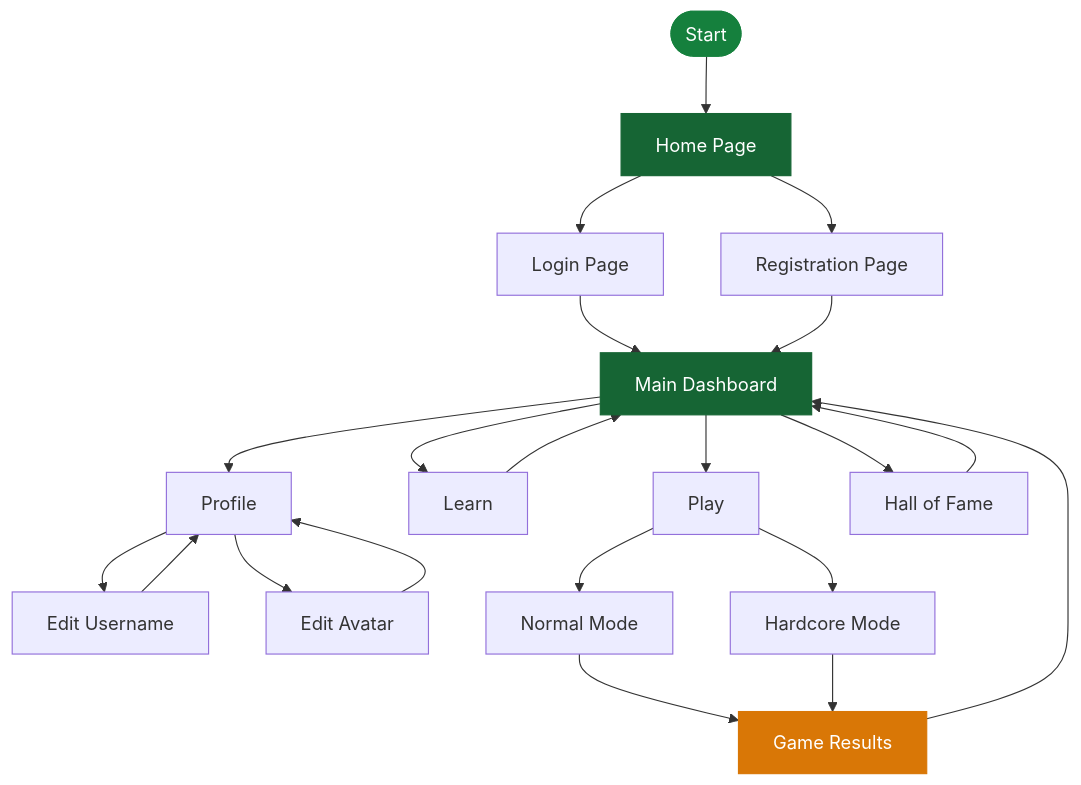
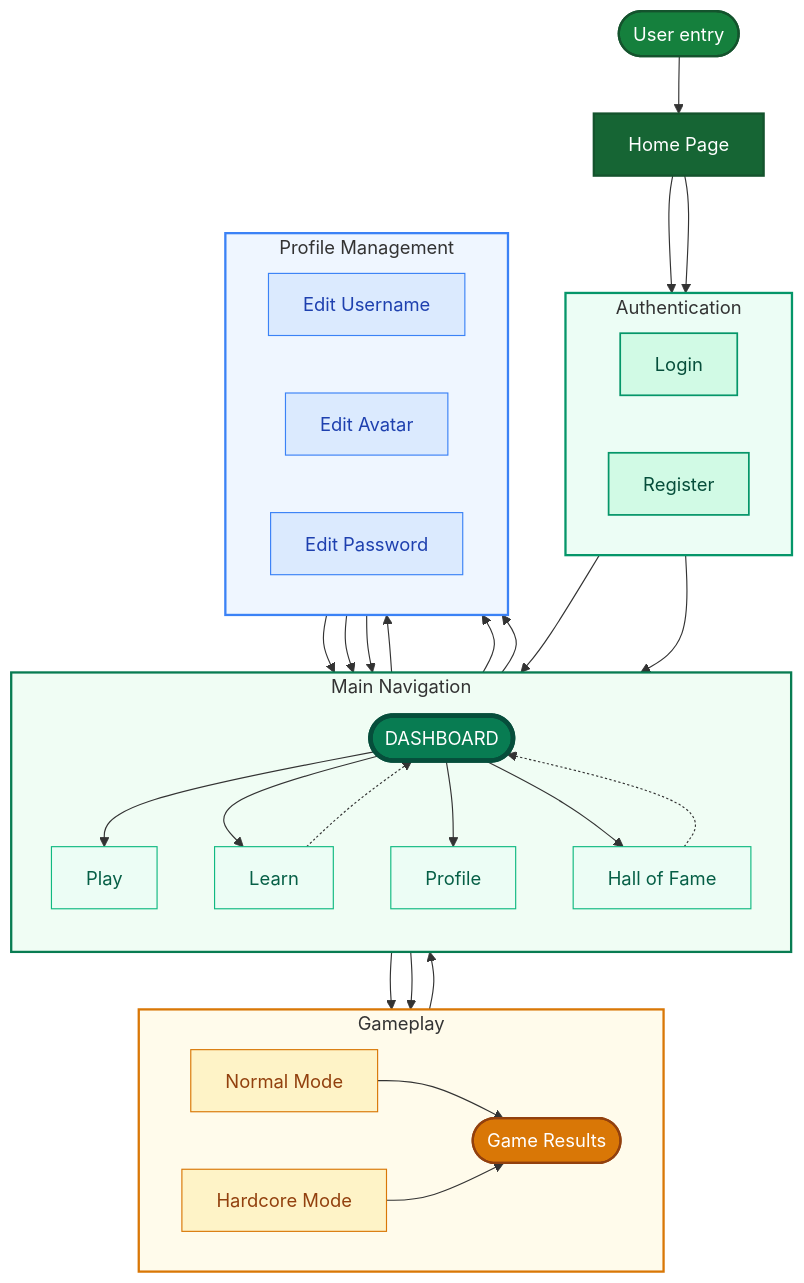
One commit to mathas42/Site_Grab_guesser changed the second of 3 diagrams in README.md. Above: the diagram before and after it, drawn with Mermaid. The commit also changed other lines of this file, not shown here.

````diff
--- a/README.md
+++ b/README.md
@@ -245,37 +242,91 @@
 ```mermaid
 flowchart TD
-    Start([Start]) --> Home[Home Page]
+    %% ENTRY
+    Start([User entry]) --> Home[Home Page]
 
-    Home --> Login[Login Page]
-    Home --> Register[Registration Page]
+    %% AUTHENTICATION
+    subgraph AUTH[Authentication]
+        direction LR
+        Login["Login"]
+        Register["Register"]
+    end
 
-    Login --> Dashboard[Main Dashboard]
+    Home --> Login
+    Home --> Register
+    Login --> Dashboard
     Register --> Dashboard
 
-    Dashboard --> Play[Play]
-    Dashboard --> Learn[Learn]
-    Dashboard --> Profile[Profile]
-    Dashboard --> HallOfFame[Hall of Fame]
+    %% MAIN NAVIGATION
+    subgraph MAIN[Main Navigation]
+        direction TB
+        Dashboard([DASHBOARD])
+        Play[Play]
+        Learn[Learn]
+        Profile[Profile]
+        Hall[ Hall of Fame]
 
-    Profile --> EditUsername[Edit Username]
-    Profile --> EditAvatar[Edit Avatar]
+        Dashboard --> Play
+        Dashboard --> Learn
+        Dashboard --> Profile
+        Dashboard --> Hall
+    end
 
-    Play --> Normal[Normal Mode]
-    Play --> Hardcore[Hardcore Mode]
+    %% GAMEPLAY
+    subgraph GAME[Gameplay]
+        direction LR
+        Normal[Normal Mode]
+        Hardcore[Hardcore Mode]
+        Results([Game Results])
 
-    Normal --> GameResult[Game Results]
-    Hardcore --> GameResult
+        Normal --> Results
+        Hardcore --> Results
+    end
 
-    GameResult --> Dashboard
+    Play --> Normal
+    Play --> Hardcore
+    Results --> Dashboard
 
-    EditUsername --> Profile
-    EditAvatar --> Profile
+    %% PROFILE MANAGEMENT
+    subgraph USER[Profile Management]
+        direction LR
+        Username[Edit Username]
+        Avatar[Edit Avatar]
+        Password[Edit Password]
+    end
 
-    Learn --> Dashboard
-    HallOfFame --> Dashboard
+    Profile --> Username
+    Profile --> Avatar
+    Profile --> Password
 
-    style Start fill:#15803d,color:#fff,stroke:#15803d
-    style Home fill:#166534,color:#fff,stroke:#166534
-    style Dashboard fill:#166534,color:#fff,stroke:#166534
-    style GameResult fill:#d97706,color:#fff,stroke:#d97706
+    Username --> Profile
+    Avatar --> Profile
+    Password --> Profile
+
+    %% NAVIGATION RETURNS
+    Learn -.-> Dashboard
+    Hall -.-> Dashboard
+
+    %% STYLING
+    classDef start fill:#15803d,stroke:#14532d,color:#ffffff,stroke-width:2px
+    classDef home fill:#166534,stroke:#14532d,color:#ffffff,stroke-width:2px
+    classDef dashboard fill:#087C52,stroke:#064E3B,color:#ffffff,stroke-width:4px
+    classDef auth fill:#D1FAE5,stroke:#059669,color:#064E3B,stroke-width:1.5px
+    classDef navigation fill:#ECFDF5,stroke:#10B981,color:#065F46
+    classDef gameplay fill:#FEF3C7,stroke:#D97706,color:#92400E
+    classDef results fill:#D97706,stroke:#92400E,color:#ffffff,stroke-width:2px
+    classDef profile fill:#DBEAFE,stroke:#3B82F6,color:#1E40AF
+
+    class Start start
+    class Home home
+    class Dashboard dashboard
+    class Login,Register auth
+    class Play,Learn,Profile,Hall navigation
+    class Normal,Hardcore gameplay
+    class Results results
+    class Username,Avatar,Password profile
+
+    style AUTH fill:#ECFDF5,stroke:#059669,stroke-width:2px
+    style MAIN fill:#F0FDF4,stroke:#087C52,stroke-width:2px
+    style GAME fill:#FFFBEB,stroke:#D97706,stroke-width:2px
+    style USER fill:#EFF6FF,stroke:#3B82F6,stroke-width:2px
 ```
````
